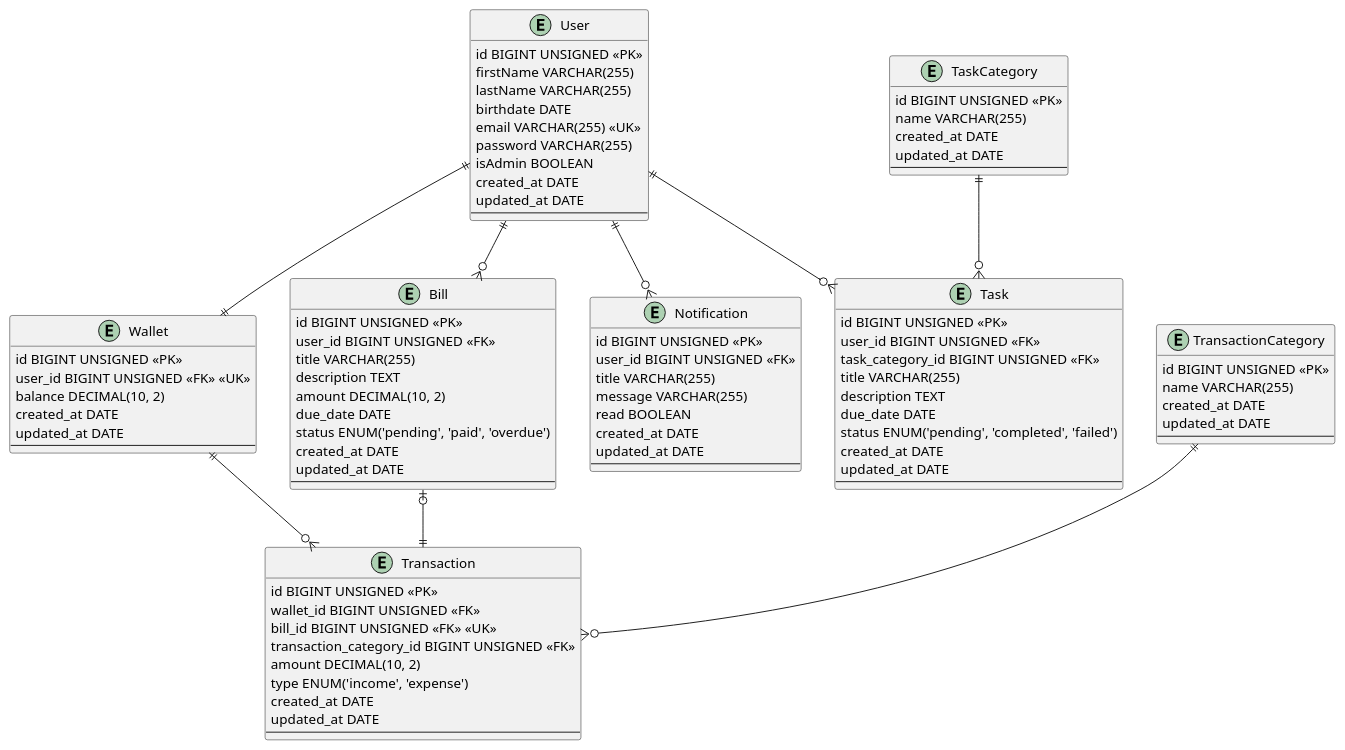
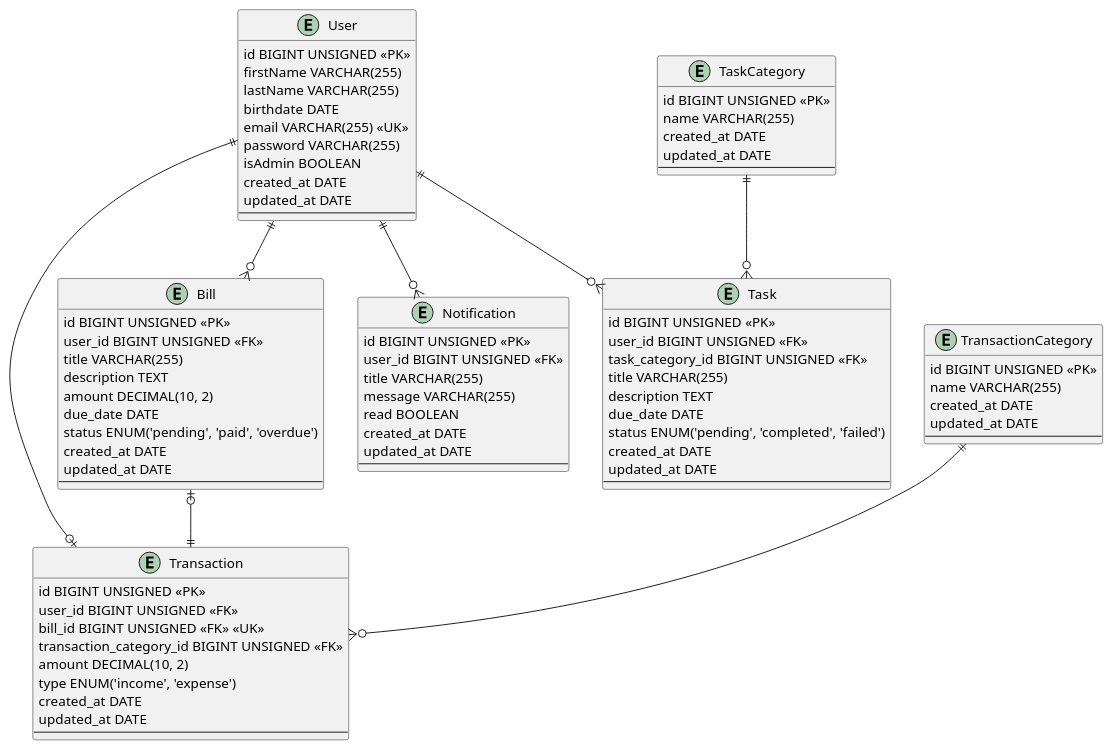
Before and after one commit to augusto-dmh/your-guardian: the diagram in database/design/der.plantuml, drawn with PlantUML. The commit also changed 9 other files, not shown here.

```diff
--- a/database/design/der.plantuml
+++ b/database/design/der.plantuml
@@ -1,100 +1,90 @@
 @startuml DER
 
 entity User {
     id BIGINT UNSIGNED <<PK>>
     firstName VARCHAR(255)
     lastName VARCHAR(255)
     birthdate DATE
     email VARCHAR(255) <<UK>>
     password VARCHAR(255)
     isAdmin BOOLEAN
     created_at DATE
     updated_at DATE
     --
 }
 
-entity Wallet {
-    id BIGINT UNSIGNED <<PK>>
-    user_id BIGINT UNSIGNED <<FK>> <<UK>>
-    balance DECIMAL(10, 2)
-    created_at DATE
-    updated_at DATE
-    --
-}
-
 entity Transaction {
     id BIGINT UNSIGNED <<PK>>
-    wallet_id BIGINT UNSIGNED <<FK>>
+    user_id BIGINT UNSIGNED <<FK>>
     bill_id BIGINT UNSIGNED <<FK>> <<UK>>
     transaction_category_id BIGINT UNSIGNED <<FK>>
     amount DECIMAL(10, 2)
     type ENUM('income', 'expense')
     created_at DATE
     updated_at DATE
     --
 }
 
 entity Bill {
     id BIGINT UNSIGNED <<PK>>
     user_id BIGINT UNSIGNED <<FK>>
     title VARCHAR(255)
     description TEXT
     amount DECIMAL(10, 2)
     due_date DATE
     status ENUM('pending', 'paid', 'overdue')
     created_at DATE
     updated_at DATE
     --
 }
 
 entity Notification {
     id BIGINT UNSIGNED <<PK>>
     user_id BIGINT UNSIGNED <<FK>>
     title VARCHAR(255)
     message VARCHAR(255)
     read BOOLEAN
     created_at DATE
     updated_at DATE
     --
 }
 
 entity Task {
     id BIGINT UNSIGNED <<PK>>
     user_id BIGINT UNSIGNED <<FK>>
     task_category_id BIGINT UNSIGNED <<FK>>
     title VARCHAR(255)
     description TEXT
     due_date DATE
     status ENUM('pending', 'completed', 'failed')
     created_at DATE
     updated_at DATE
     --
 }
 
 entity TransactionCategory {
     id BIGINT UNSIGNED <<PK>>
     name VARCHAR(255)
     created_at DATE
     updated_at DATE
     --
 }
 
 entity TaskCategory {
     id BIGINT UNSIGNED <<PK>>
     name VARCHAR(255)
     created_at DATE
     updated_at DATE
     --
 }
 
 
-User ||--|| Wallet
-Wallet ||--o{ Transaction
+User ||--o| Transaction
 User ||--o{ Bill
 User ||--o{ Notification
 User ||--o{ Task
 TaskCategory ||--o{ Task
 TransactionCategory ||--o{ Transaction
 Bill |o--|| Transaction
 
 @enduml
```
